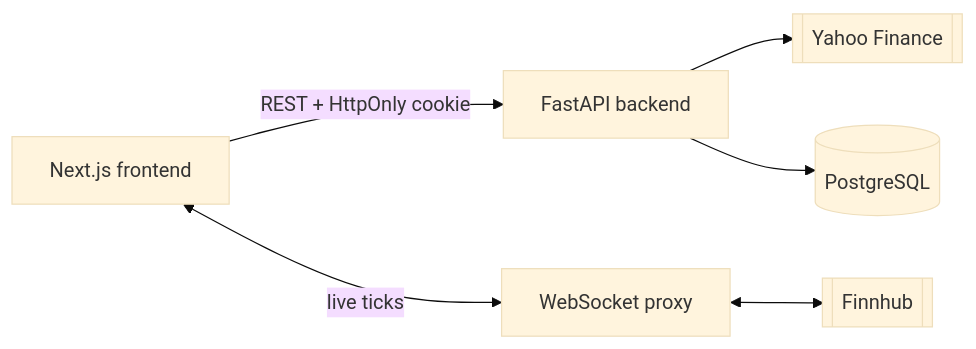
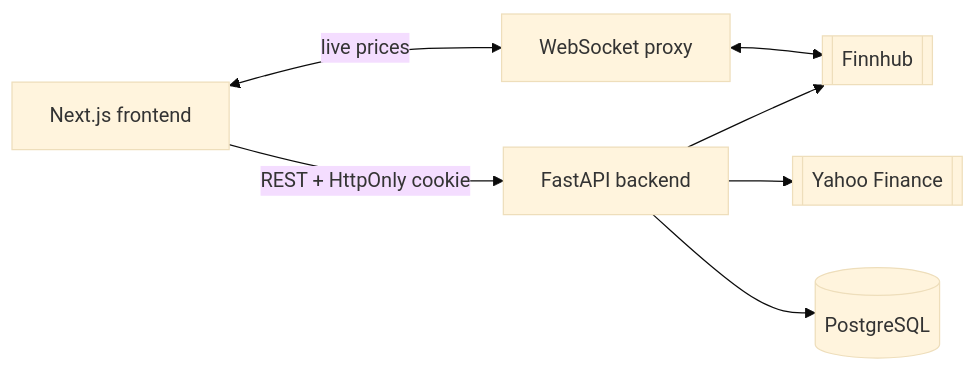
The diagram in README.md (Jugalpatel3981/Stock-Analytics), drawn with Mermaid (base theme) before and after one commit. The commit also changed other lines of this file and 22 other files, not shown here.

````diff
--- a/README.md
+++ b/README.md
@@ -42,8 +79,9 @@
 ```mermaid
 flowchart LR
     UI[Next.js frontend] -->|REST + HttpOnly cookie| API[FastAPI backend]
-    UI <-->|live ticks| WS[WebSocket proxy]
+    UI <-->|live prices| WS[WebSocket proxy]
     WS <--> Finnhub[[Finnhub]]
+    API --> Finnhub
     API --> Yahoo[[Yahoo Finance]]
     API --> DB[(PostgreSQL)]
 ```
````
